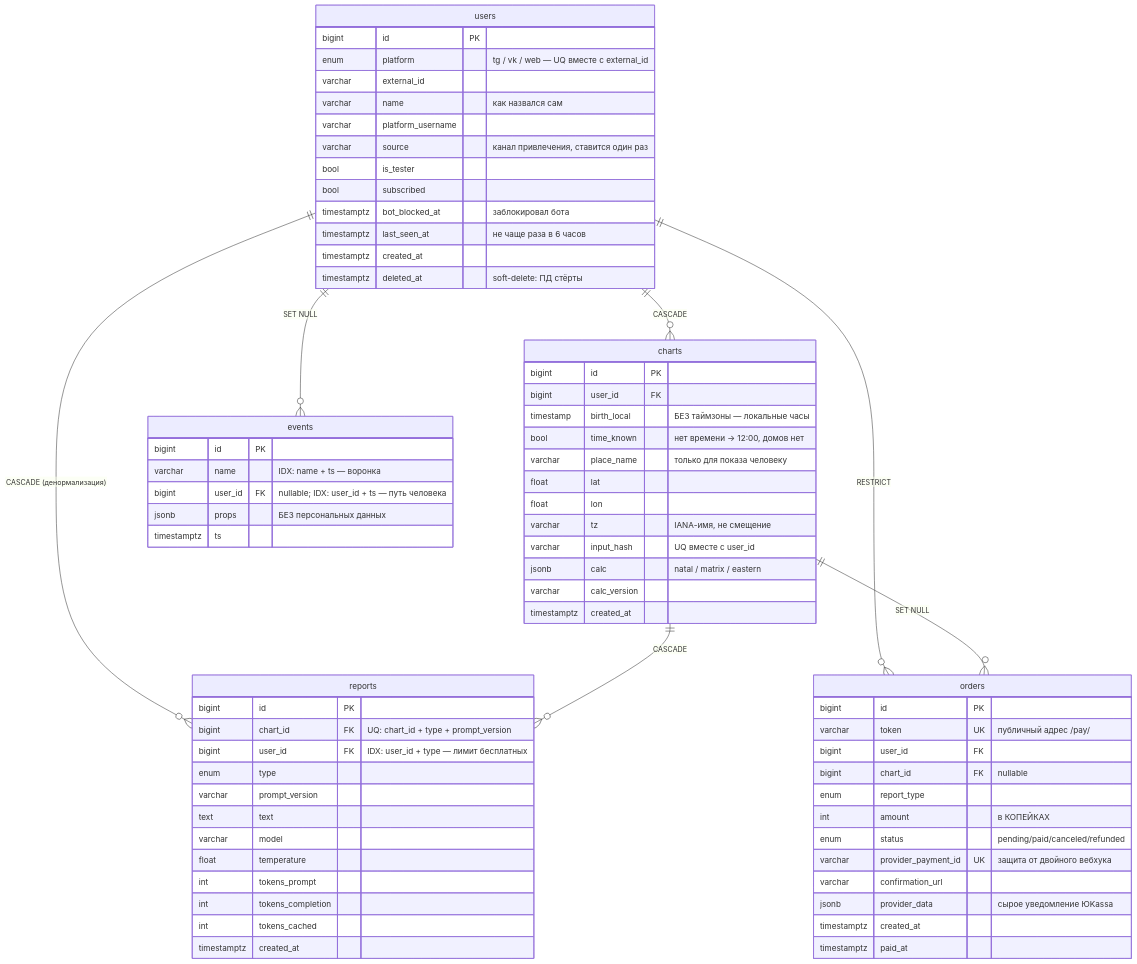
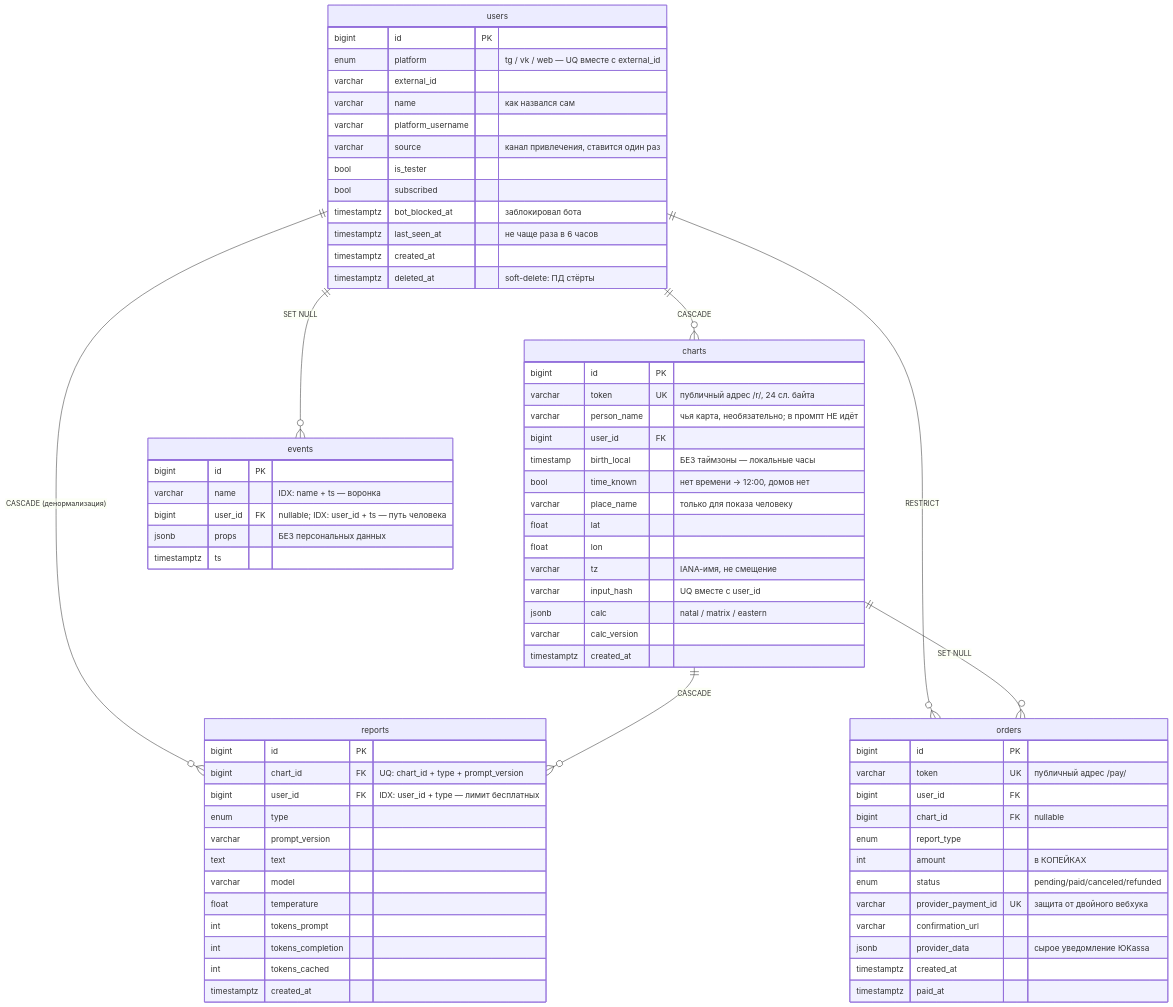
Before and after one commit to ngbaranov1970/AstroService: the diagram in docs/db-schema.md, drawn with Mermaid. The commit also changed other lines of this file and 9 other files, not shown here.

````diff
--- a/docs/db-schema.md
+++ b/docs/db-schema.md
@@ -9,77 +9,79 @@
 ```mermaid
 erDiagram
     users ||--o{ charts  : "CASCADE"
     users ||--o{ reports : "CASCADE (денормализация)"
     users ||--o{ orders  : "RESTRICT"
     users ||--o{ events  : "SET NULL"
     charts ||--o{ reports : "CASCADE"
     charts ||--o{ orders  : "SET NULL"
 
     users {
         bigint   id PK
         enum     platform  "tg / vk / web — UQ вместе с external_id"
         varchar  external_id
         varchar  name          "как назвался сам"
         varchar  platform_username
         varchar  source        "канал привлечения, ставится один раз"
         bool     is_tester
         bool     subscribed
         timestamptz bot_blocked_at "заблокировал бота"
         timestamptz last_seen_at   "не чаще раза в 6 часов"
         timestamptz created_at
         timestamptz deleted_at     "soft-delete: ПД стёрты"
     }
 
     charts {
         bigint   id PK
+        varchar  token UK      "публичный адрес /r/<token>, 24 сл. байта"
+        varchar  person_name   "чья карта, необязательно; в промпт НЕ идёт"
         bigint   user_id FK
         timestamp birth_local  "БЕЗ таймзоны — локальные часы"
         bool     time_known    "нет времени → 12:00, домов нет"
         varchar  place_name    "только для показа человеку"
         float    lat
         float    lon
         varchar  tz            "IANA-имя, не смещение"
         varchar  input_hash    "UQ вместе с user_id"
         jsonb    calc          "natal / matrix / eastern"
         varchar  calc_version
         timestamptz created_at
     }
 
     reports {
         bigint   id PK
         bigint   chart_id FK "UQ: chart_id + type + prompt_version"
         bigint   user_id FK  "IDX: user_id + type — лимит бесплатных"
         enum     type
         varchar  prompt_version
         text     text
         varchar  model
         float    temperature
         int      tokens_prompt
         int      tokens_completion
         int      tokens_cached
         timestamptz created_at
     }
 
     orders {
         bigint   id PK
         varchar  token UK "публичный адрес /pay/<token>"
         bigint   user_id FK
         bigint   chart_id FK "nullable"
         enum     report_type
         int      amount "в КОПЕЙКАХ"
         enum     status "pending/paid/canceled/refunded"
         varchar  provider_payment_id UK "защита от двойного вебхука"
         varchar  confirmation_url
         jsonb    provider_data "сырое уведомление ЮKassa"
         timestamptz created_at
         timestamptz paid_at
     }
 
     events {
         bigint   id PK
         varchar  name    "IDX: name + ts — воронка"
         bigint   user_id FK "nullable; IDX: user_id + ts — путь человека"
         jsonb    props   "БЕЗ персональных данных"
         timestamptz ts
     }
 ```
````
